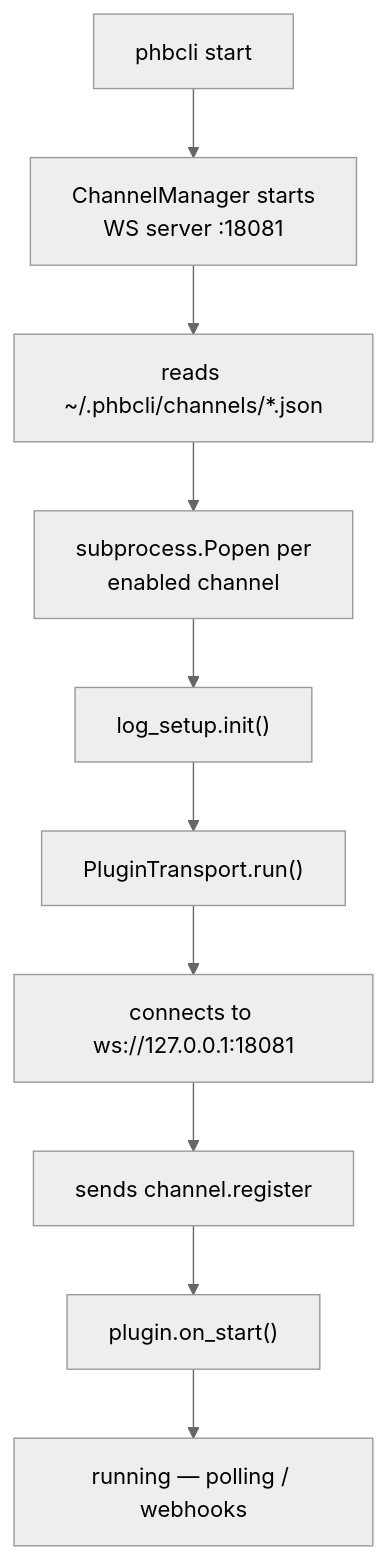
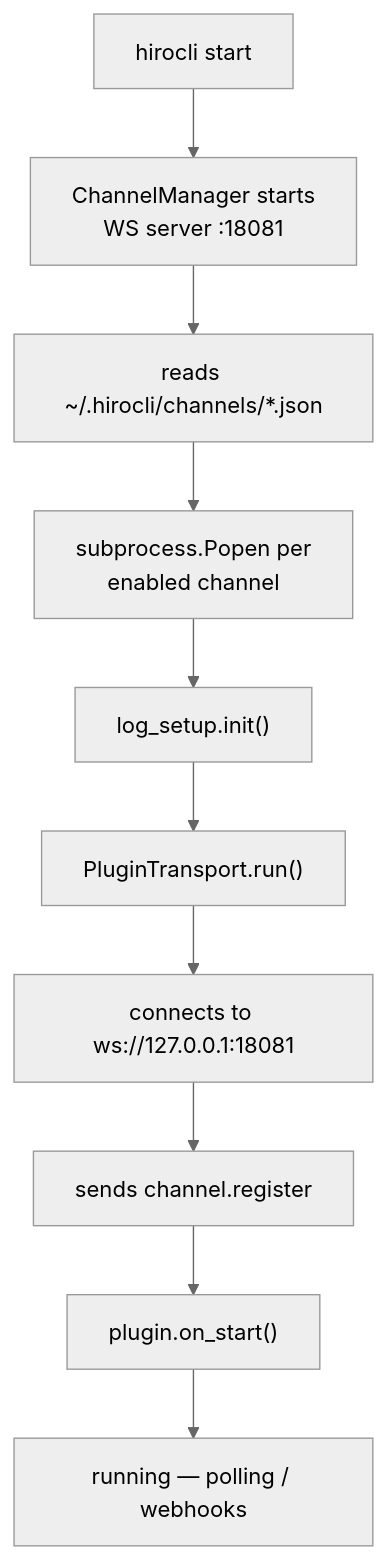
The fourth of 4 diagrams in mintdocs/architecture/plugins/channel-plugin-architecture.mdx (rendermagix/hiroleague), drawn with Mermaid (neutral theme) before and after one commit. The commit also changed other lines of this file and 260 other files, not shown here.

````diff
--- a/mintdocs/architecture/plugins/channel-plugin-architecture.mdx
+++ b/mintdocs/architecture/plugins/channel-plugin-architecture.mdx
@@ -222,23 +222,23 @@
 ```mermaid actions={true} placement="top-right"
 graph TD
-    START["phbcli start"]
+    START["hirocli start"]
     WSS["ChannelManager starts<br/>WS server :18081"]
-    READ["reads ~/.phbcli/channels/*.json"]
+    READ["reads ~/.hirocli/channels/*.json"]
     SPAWN["subprocess.Popen per<br/>enabled channel"]
     LOGINIT["log_setup.init()"]
     TRANSPORT["PluginTransport.run()"]
     CONNECT["connects to ws://127.0.0.1:18081"]
     REG["sends channel.register"]
     ONSTART["plugin.on_start()"]
     RUNNING["running — polling / webhooks"]
 
     START --> WSS
     WSS --> READ
     READ --> SPAWN
     SPAWN --> LOGINIT
     LOGINIT --> TRANSPORT
     TRANSPORT --> CONNECT
     CONNECT --> REG
     REG --> ONSTART
     ONSTART --> RUNNING
 ```
````
